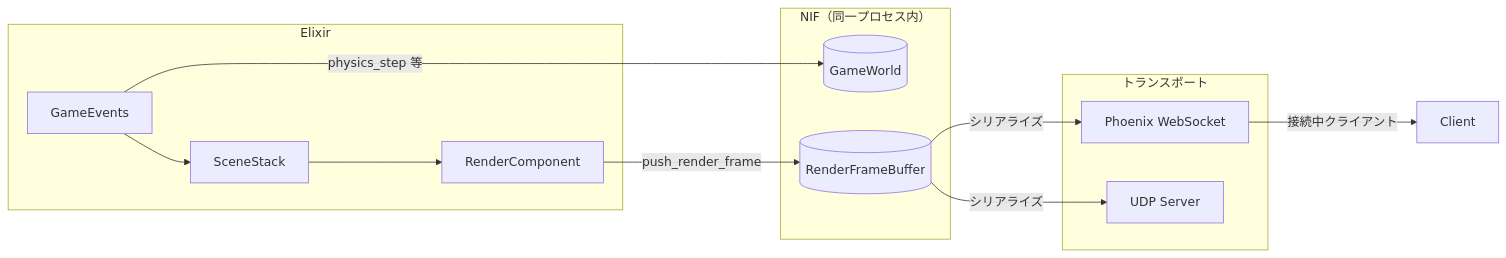
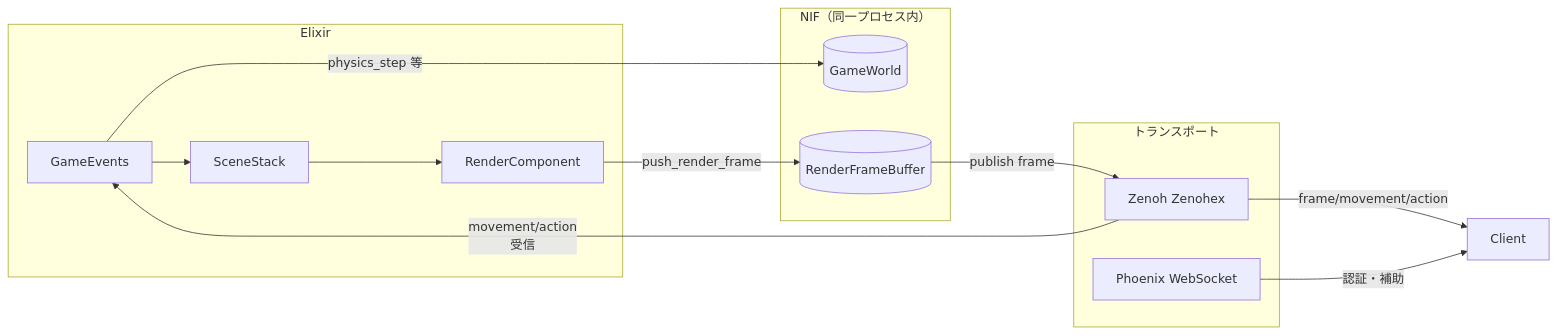
One commit to FRICK-ELDY/alchemy-engine changed the second of 3 diagrams in docs/plan/client-server-separation-procedure.md. Above: the diagram before and after it, drawn with Mermaid. The commit also changed other lines of this file and 1 other file, not shown here.

Commit message:
feat: クライアント・サーバー分離計画に Zenoh/Zenohex 方針を追記

````diff
--- a/docs/plan/client-server-separation-procedure.md
+++ b/docs/plan/client-server-separation-procedure.md
@@ -55,26 +56,27 @@
 ```mermaid
 flowchart LR
     subgraph Elixir["Elixir"]
         GE[GameEvents]
         SS[SceneStack]
         RC[RenderComponent]
     end
     
     subgraph NIF["NIF（同一プロセス内）"]
         GW[(GameWorld)]
         RFB[(RenderFrameBuffer)]
     end
     
     subgraph Trans["トランスポート"]
-        WS[Phoenix WebSocket]
-        UDP[UDP Server]
+        Zenoh[Zenoh Zenohex]
+        Phoenix[Phoenix WebSocket]
     end
     
     GE --> SS
     SS --> RC
     RC -->|push_render_frame| RFB
     GE -->|physics_step 等| GW
-    RFB -->|シリアライズ| WS
-    RFB -->|シリアライズ| UDP
-    WS -->|接続中クライアント| Client
+    RFB -->|publish frame| Zenoh
+    Zenoh -->|movement/action<br/>受信| GE
+    Zenoh -->|frame/movement/action| Client
+    Phoenix -->|認証・補助| Client
 ```
````
